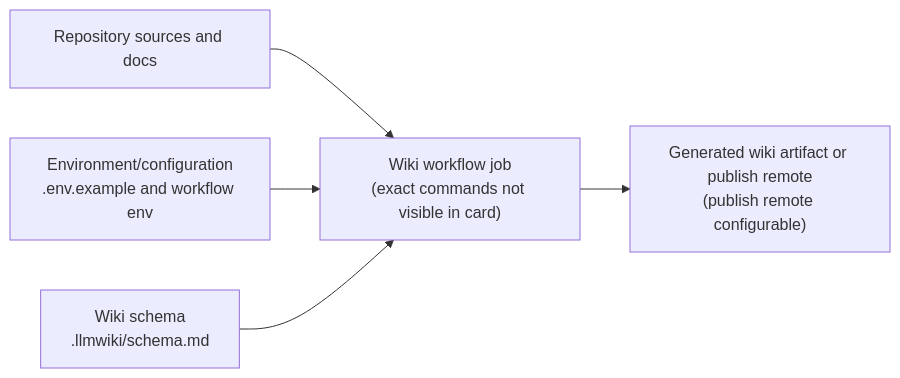
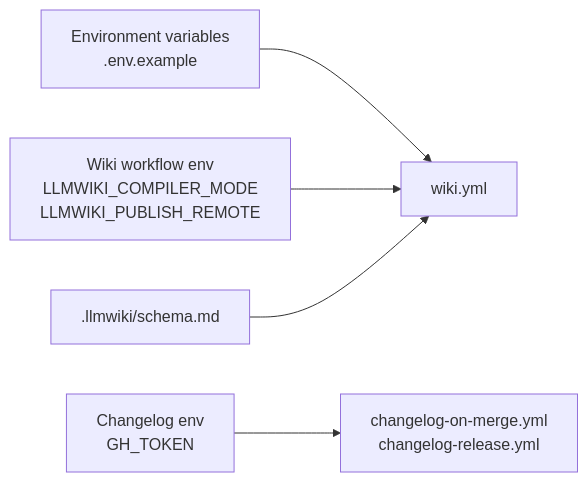
The third of 4 diagrams in Architecture.md (mfittko/repo-wiki), drawn with Mermaid before and after one commit. The commit also changed other lines of this file and 44 other files, not shown here.

Commit message:
Compile repository wiki 2026-05-16T12:01:51.049Z

````diff
--- a/Architecture.md
+++ b/Architecture.md
@@ -189,13 +214,14 @@
 ```mermaid
 flowchart LR
-  SourceRepo["Repository sources and docs"]
-  Config["Environment/configuration<br/>.env.example and workflow env"]
-  Schema["Wiki schema<br/>.llmwiki/schema.md"]
-  WikiJob["Wiki workflow job<br/>(exact commands not visible in card)"]
-  ArtifactOrRemote["Generated wiki artifact or publish remote<br/>(publish remote configurable)"]
+  Env["Environment variables<br/>.env.example"]
+  WikiEnv["Wiki workflow env<br/>LLMWIKI_COMPILER_MODE<br/>LLMWIKI_PUBLISH_REMOTE"]
+  ChangelogEnv["Changelog env<br/>GH_TOKEN"]
+  Schema[".llmwiki/schema.md"]
+  WikiWorkflow["wiki.yml"]
+  ChangelogWorkflow["changelog-on-merge.yml<br/>changelog-release.yml"]
 
-  SourceRepo --> WikiJob
-  Config --> WikiJob
-  Schema --> WikiJob
-  WikiJob --> ArtifactOrRemote
+  Env --> WikiWorkflow
+  WikiEnv --> WikiWorkflow
+  Schema --> WikiWorkflow
+  ChangelogEnv --> ChangelogWorkflow
 ```
````
